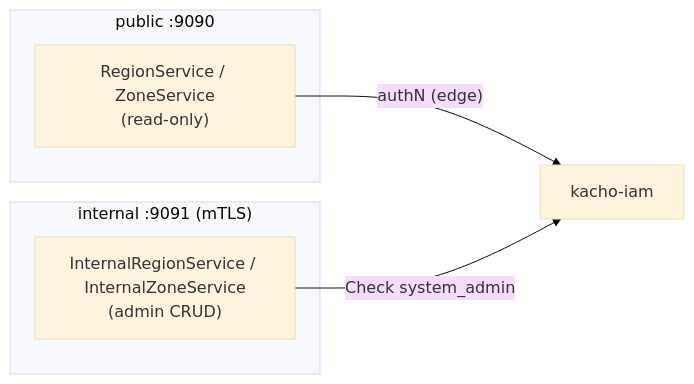
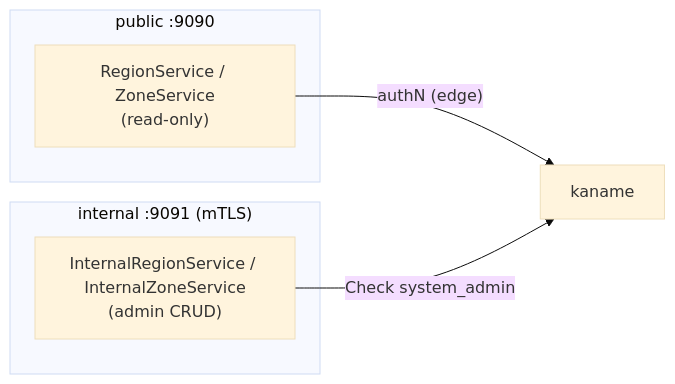
One commit to PRO-Robotech/kacho changed the third of 4 diagrams in services/geo/docs/content/architecture/overview.mdx. Above: the diagram before and after it, drawn with Mermaid (base theme). The commit also changed other lines of this file and 5005 other files, not shown here.

````diff
--- a/services/geo/docs/content/architecture/overview.mdx
+++ b/services/geo/docs/content/architecture/overview.mdx
@@ -100,11 +100,11 @@
 ```mermaid
 flowchart LR
   subgraph public["public :9090"]
     pub["RegionService / ZoneService<br/>(read-only)"]
   end
   subgraph internal["internal :9091 (mTLS)"]
     int["InternalRegionService / InternalZoneService<br/>(admin CRUD)"]
   end
-  pub -->|"authN (edge)"| iam["kacho-iam"]
+  pub -->|"authN (edge)"| iam["kaname"]
   int -->|"Check system_admin"| iam
 ```
````
